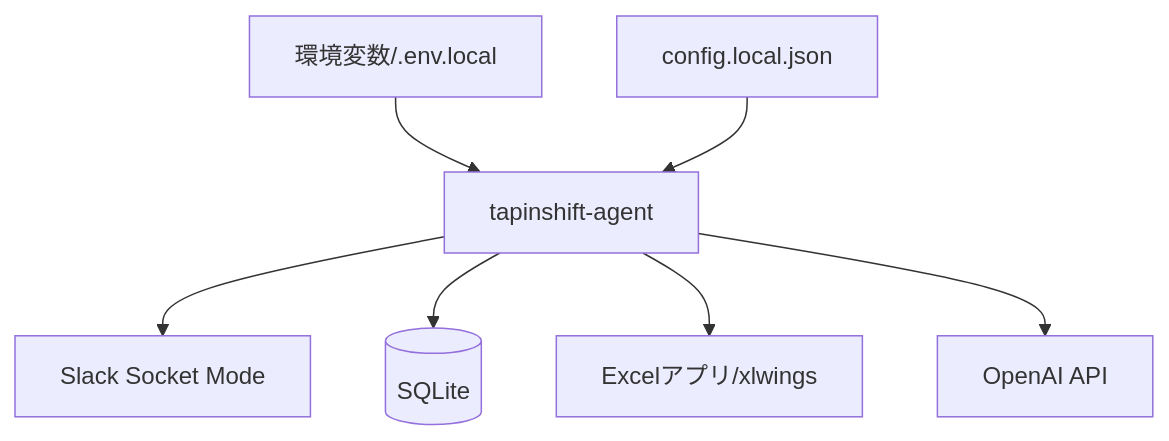
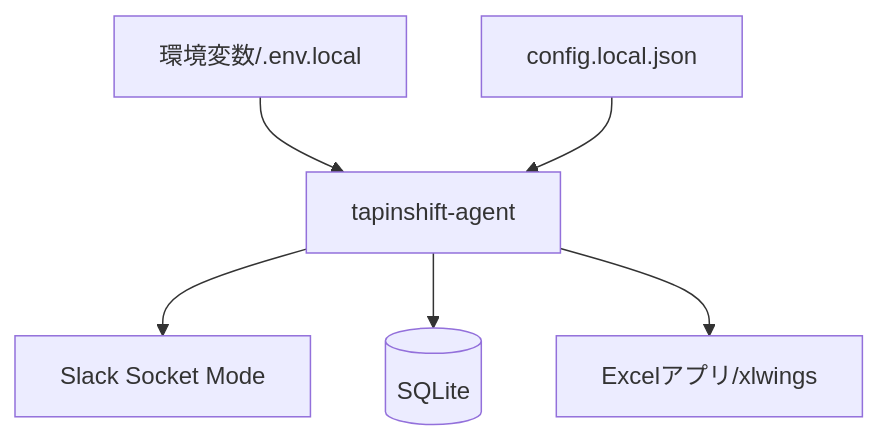
Before and after one commit to Shintaro-Abe/TapInShift: the first of 2 diagrams in docs/architecture.md, drawn with Mermaid. The commit also changed other lines of this file and 21 other files, not shown here.

Commit message:
Remove OpenAI API classification path

````diff
--- a/docs/architecture.md
+++ b/docs/architecture.md
@@ -24,9 +24,8 @@
 ```mermaid
 graph TD
     ENV[環境変数/.env.local] --> APP[tapinshift-agent]
     CFG[config.local.json] --> APP
     APP --> SLACK[Slack Socket Mode]
     APP --> DB[(SQLite)]
     APP --> EXCEL[Excelアプリ/xlwings]
-    APP --> OPENAI[OpenAI API]
 ```
````
